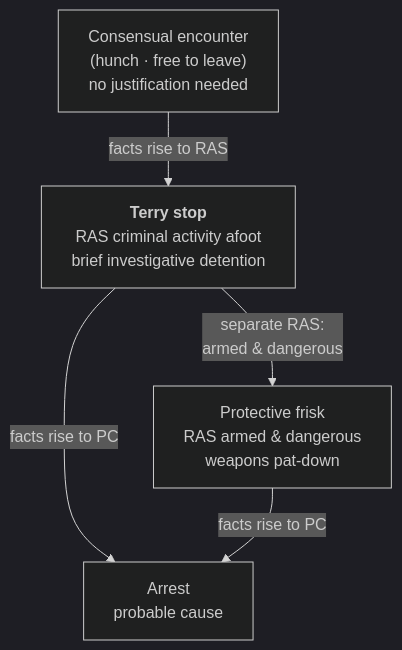
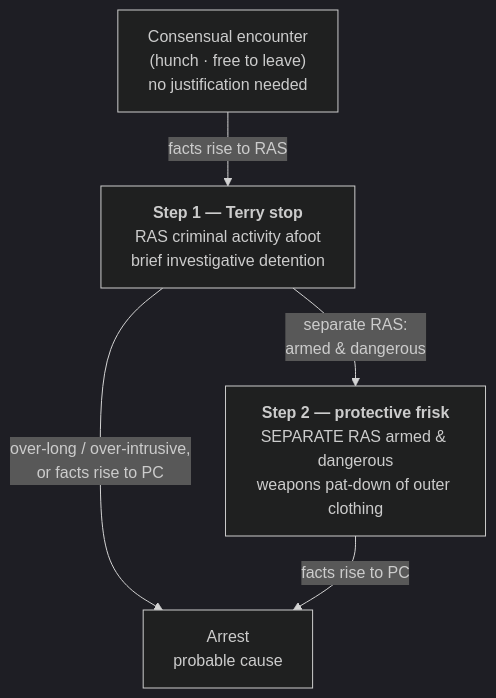
The diagram in content/4-what-is-a-seizure/Terry Stops and Reasonable Suspicion.md (Enragedsaturday/cssi), drawn with Mermaid (dark theme) before and after one commit. The commit also changed other lines of this file and 5 other files, not shown here.

````diff
--- a/content/4-what-is-a-seizure/Terry Stops and Reasonable Suspicion.md
+++ b/content/4-what-is-a-seizure/Terry Stops and Reasonable Suspicion.md
@@ -65,11 +100,11 @@
 ```mermaid
 flowchart TD
   E["Consensual encounter<br/>(hunch · free to leave)<br/>no justification needed"]
-  S["<b>Terry stop</b><br/>RAS criminal activity afoot<br/>brief investigative detention"]
-  F["Protective frisk<br/>RAS armed & dangerous<br/>weapons pat-down"]
+  S["<b>Step 1 — Terry stop</b><br/>RAS criminal activity afoot<br/>brief investigative detention"]
+  F["<b>Step 2 — protective frisk</b><br/>SEPARATE RAS armed &amp; dangerous<br/>weapons pat-down of outer clothing"]
   A["Arrest<br/>probable cause"]
   E -->|"facts rise to RAS"| S
-  S -->|"separate RAS:<br/>armed & dangerous"| F
-  S -->|"facts rise to PC"| A
+  S -->|"separate RAS:<br/>armed &amp; dangerous"| F
+  S -->|"over-long / over-intrusive,<br/>or facts rise to PC"| A
   F -->|"facts rise to PC"| A
 ```
````
